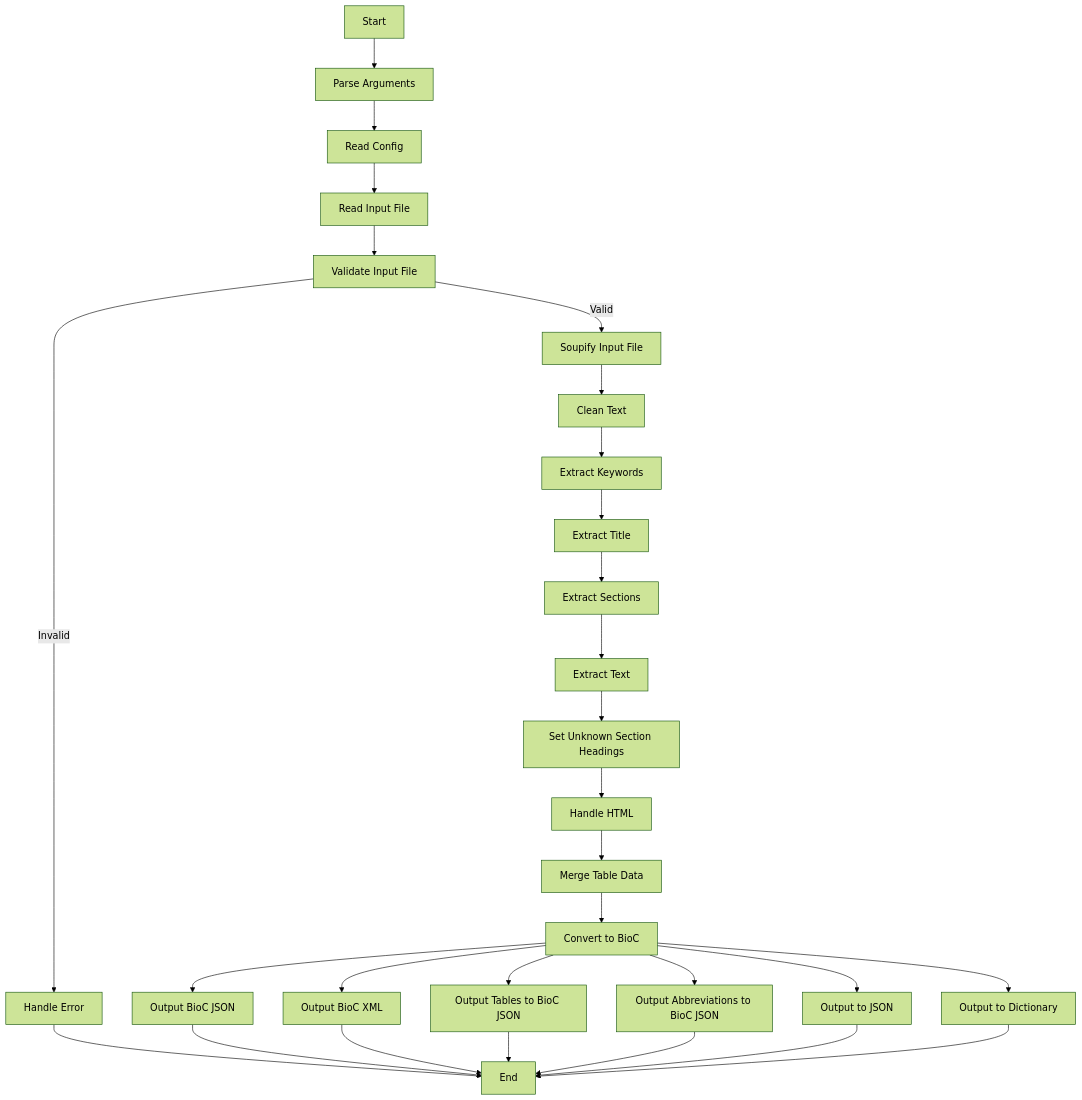
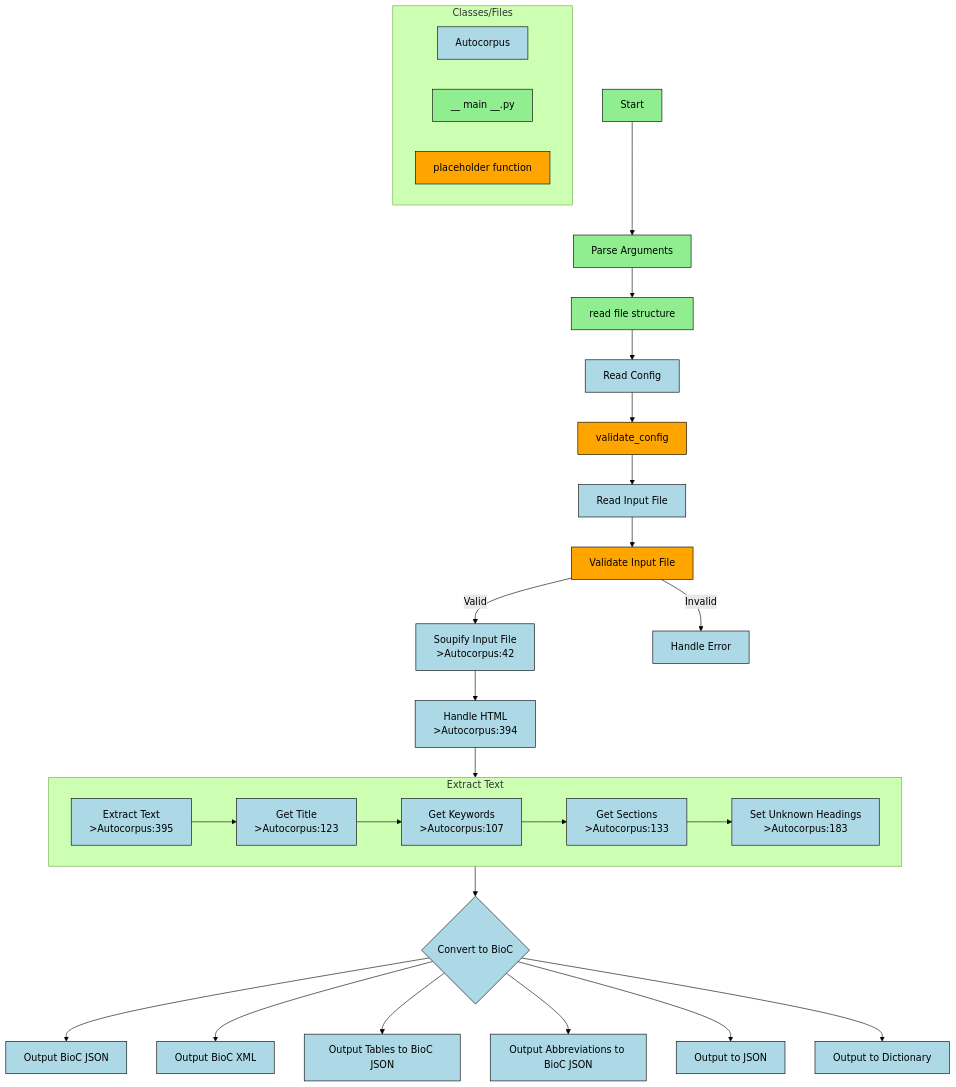
One commit to omicsNLP/Auto-CORPus changed the diagram in docs/package_workflows.md. Above: the diagram before and after it, drawn with Mermaid (forest theme).

Commit message:
Updated HTML workflow chart

````diff
--- a/docs/package_workflows.md
+++ b/docs/package_workflows.md
@@ -3,38 +3,52 @@
 ``` mermaid
 flowchart TD
-    A[Start] --> B[Parse Arguments]
+
+    classDef Autocorpus  fill:lightblue, stroke:black;
+    classDef TODO fill:orange, stroke:black;
+    classDef __main__ fill:lightgreen, stroke:black;
+
+    subgraph Legend[Classes/Files]
+        legend_autocorpus[Autocorpus]:::Autocorpus
+        legend_main[__ main __.py]:::__main__
+        legend_todo[placeholder function]:::TODO
+    end
 
 
-    B --> X[Read Config]
-    X --> Y[Read Input File]
-    Y --> AA[Validate Input File]
+    A[Start]:::__main__ --> B[Parse Arguments]:::__main__
+    B --> read_file_structure[read file structure]:::__main__
+    
+    read_file_structure --> X[Read Config]:::Autocorpus
+    X --> validate_config
 
-    AA -->|Valid| AB[Soupify Input File]
-    AA -->|Invalid| AC[Handle Error] --> Z
+    validate_config:::TODO --> Y[Read Input File]:::Autocorpus
+    Y --> AA[Validate Input File]:::TODO
+    AA -->|Valid| AB[Soupify Input File
+    >Autocorpus:42]:::Autocorpus
+    AA -->|Invalid| AC[Handle Error]:::Autocorpus
+    
+    AB --> AJ[Handle HTML
+    >Autocorpus:394]:::Autocorpus
+          AJ --> ExtractText
 
-    AB --> AD[Clean Text]
-    AD --> AE[Extract Keywords]
-    AE --> AF[Extract Title]
-    AF --> AG[Extract Sections]
-    AG --> AH[Extract Text]
-    AH --> AI[Set Unknown Section Headings]
-    AI --> AJ[Handle HTML]
-    AJ --> AK[Merge Table Data]
-    AK --> AL[Convert to BioC]
+    subgraph ExtractText[Extract Text]
+        AH[Extract Text
+    >Autocorpus:395]:::Autocorpus --> get_title[Get Title
+    >Autocorpus:123]:::Autocorpus
+        get_title --> get_keywords[Get Keywords
+        >Autocorpus:107]:::Autocorpus
+        get_keywords --> get_sections[Get Sections
+        >Autocorpus:133]:::Autocorpus
+        get_sections --> set_unknown_headings[Set Unknown Headings
+        >Autocorpus:183]:::Autocorpus
+    end
 
-    AL --> AM[Output BioC JSON]
-    AL --> AN[Output BioC XML]
-    AL --> AO[Output Tables to BioC JSON]
-    AL --> AP[Output Abbreviations to BioC JSON]
-    AL --> AQ[Output to JSON]
-    AL --> AR[Output to Dictionary]
 
-    AM --> Z
-    AN --> Z
-    AO --> Z
-    AP --> Z
-    AQ --> Z
-    AR --> Z
-
-    Z[End]
+    ExtractText --> AL{Convert to BioC}:::Autocorpus
+    
+    AL --> AM[Output BioC JSON]:::Autocorpus
+    AL --> AN[Output BioC XML]:::Autocorpus
+    AL --> AO[Output Tables to BioC JSON]:::Autocorpus
+    AL --> AP[Output Abbreviations to BioC JSON]:::Autocorpus
+    AL --> AQ[Output to JSON]:::Autocorpus
+    AL --> AR[Output to Dictionary]:::Autocorpus
 ```
````
